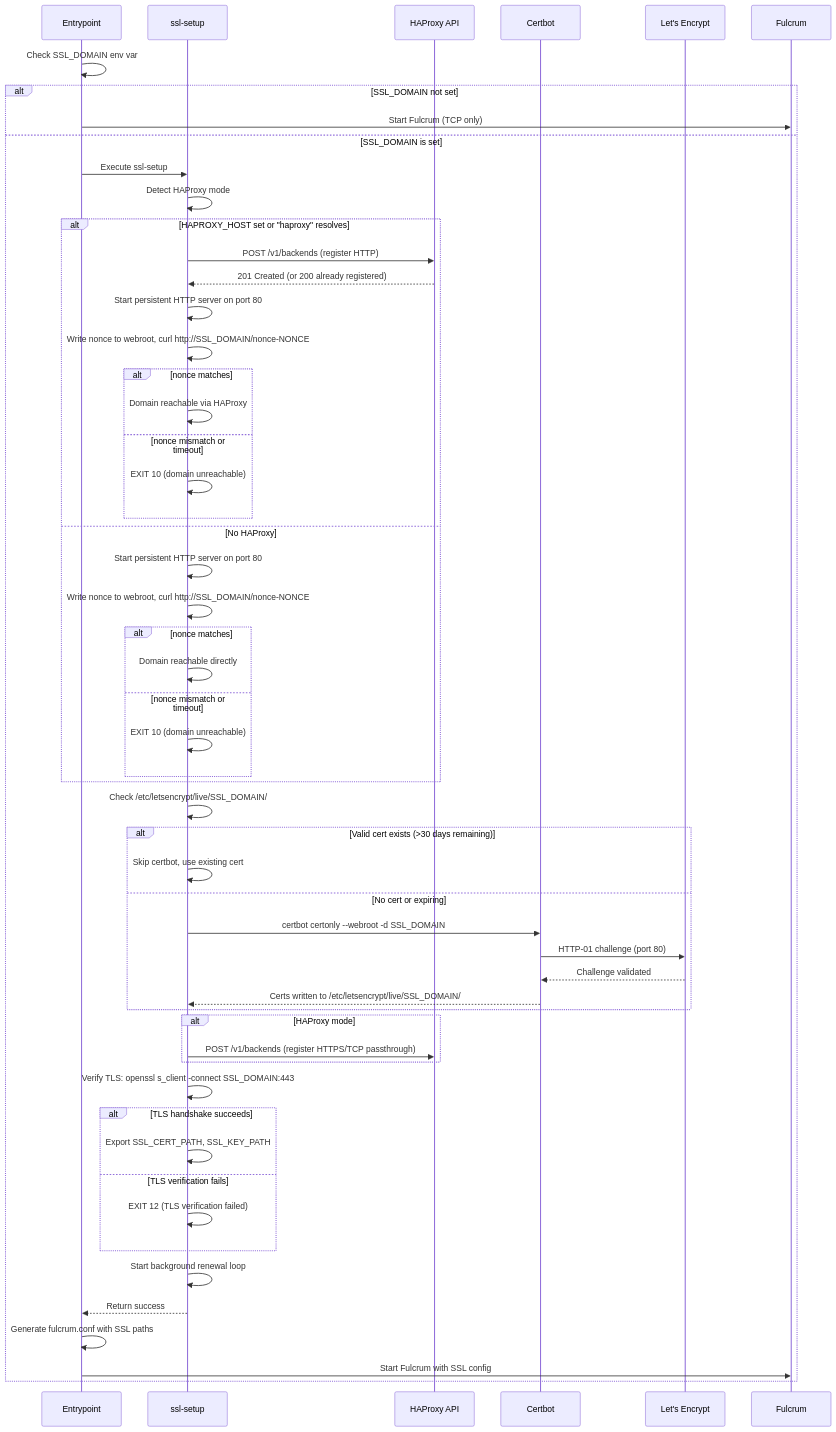
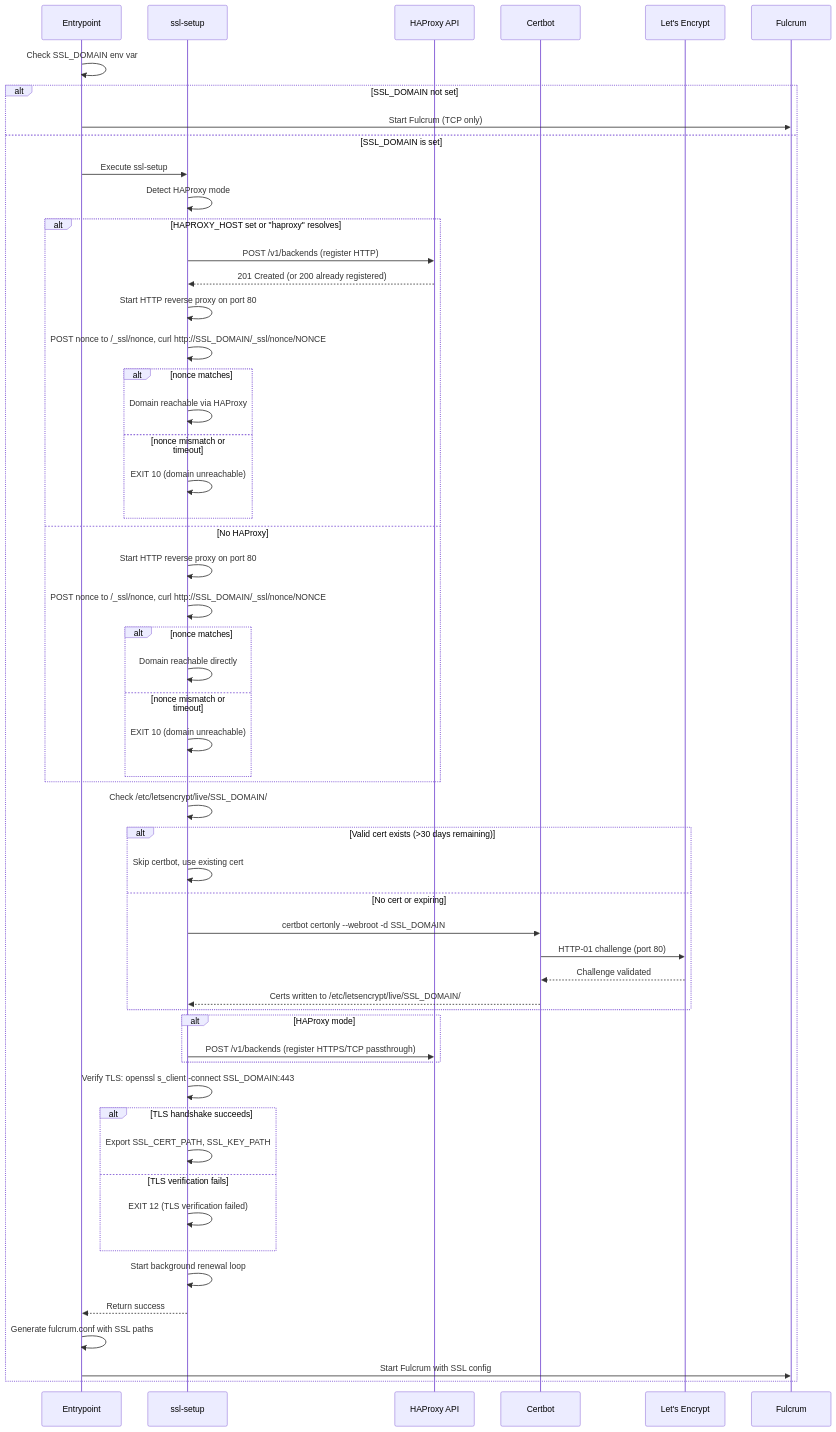
The first of 2 diagrams in docker/specs/SSL_MANAGEMENT_ARCHITECTURE.md (unicitynetwork/Fulcrum-Alpha), drawn with Mermaid before and after one commit. The commit also changed other lines of this file and 2 other files, not shown here.

First line of the commit message:
docs(docker): replace HTTP server with reverse proxy on port 80

````diff
--- a/docker/specs/SSL_MANAGEMENT_ARCHITECTURE.md
+++ b/docker/specs/SSL_MANAGEMENT_ARCHITECTURE.md
@@ -164,58 +169,58 @@
 ```mermaid
 sequenceDiagram
     participant E as Entrypoint
     participant S as ssl-setup
     participant H as HAProxy API
     participant C as Certbot
     participant LE as Let's Encrypt
     participant F as Fulcrum
 
     E->>E: Check SSL_DOMAIN env var
     alt SSL_DOMAIN not set
         E->>F: Start Fulcrum (TCP only)
     else SSL_DOMAIN is set
         E->>S: Execute ssl-setup
         S->>S: Detect HAProxy mode
         alt HAPROXY_HOST set or "haproxy" resolves
             S->>H: POST /v1/backends (register HTTP)
             H-->>S: 201 Created (or 200 already registered)
-            S->>S: Start persistent HTTP server on port 80
-            S->>S: Write nonce to webroot, curl http://SSL_DOMAIN/nonce-NONCE
+            S->>S: Start HTTP reverse proxy on port 80
+            S->>S: POST nonce to /_ssl/nonce, curl http://SSL_DOMAIN/_ssl/nonce/NONCE
             alt nonce matches
                 S->>S: Domain reachable via HAProxy
             else nonce mismatch or timeout
                 S->>S: EXIT 10 (domain unreachable)
             end
         else No HAProxy
-            S->>S: Start persistent HTTP server on port 80
-            S->>S: Write nonce to webroot, curl http://SSL_DOMAIN/nonce-NONCE
+            S->>S: Start HTTP reverse proxy on port 80
+            S->>S: POST nonce to /_ssl/nonce, curl http://SSL_DOMAIN/_ssl/nonce/NONCE
             alt nonce matches
                 S->>S: Domain reachable directly
             else nonce mismatch or timeout
                 S->>S: EXIT 10 (domain unreachable)
             end
         end
         S->>S: Check /etc/letsencrypt/live/SSL_DOMAIN/
         alt Valid cert exists (>30 days remaining)
             S->>S: Skip certbot, use existing cert
         else No cert or expiring
             S->>C: certbot certonly --webroot -d SSL_DOMAIN
             C->>LE: HTTP-01 challenge (port 80)
             LE-->>C: Challenge validated
             C-->>S: Certs written to /etc/letsencrypt/live/SSL_DOMAIN/
         end
         alt HAProxy mode
             S->>H: POST /v1/backends (register HTTPS/TCP passthrough)
         end
         S->>S: Verify TLS: openssl s_client -connect SSL_DOMAIN:443
         alt TLS handshake succeeds
             S->>S: Export SSL_CERT_PATH, SSL_KEY_PATH
         else TLS verification fails
             S->>S: EXIT 12 (TLS verification failed)
         end
         S->>S: Start background renewal loop
         S-->>E: Return success
         E->>E: Generate fulcrum.conf with SSL paths
         E->>F: Start Fulcrum with SSL config
     end
 ```
````
